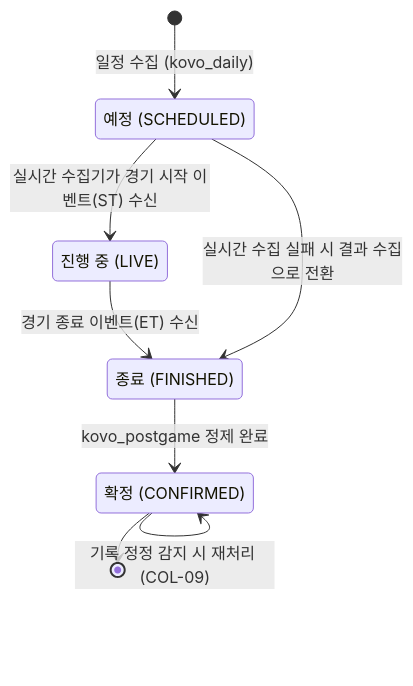
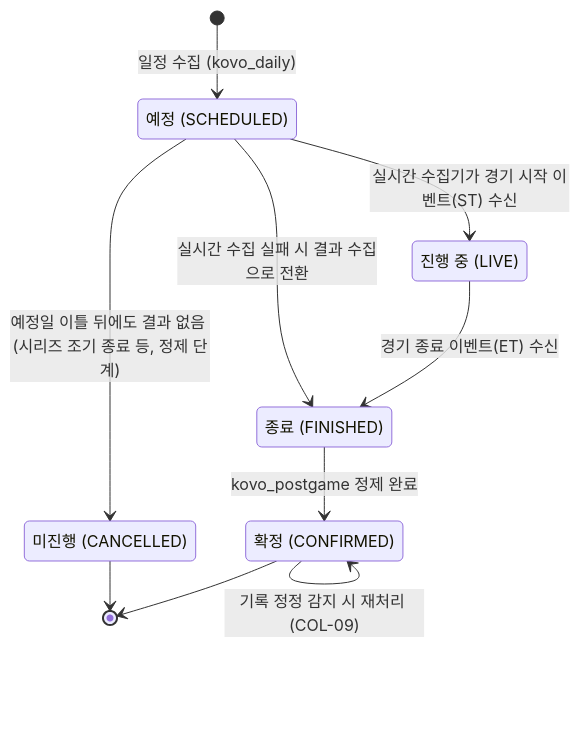
One commit to ksh1004/volley-insight changed diagram 15 of 17 in docs/design.md. Above: the diagram before and after it, drawn with Mermaid. The commit also changed other lines of this file and 147 other files, not shown here.

````diff
--- a/docs/design.md
+++ b/docs/design.md
@@ -973,15 +1035,18 @@
 ```mermaid
 stateDiagram-v2
   state "예정 (SCHEDULED)" as SCHEDULED
   state "진행 중 (LIVE)" as LIVE
   state "종료 (FINISHED)" as FINISHED
   state "확정 (CONFIRMED)" as CONFIRMED
+  state "미진행 (CANCELLED)" as CANCELLED
 
   [*] --> SCHEDULED: 일정 수집 (kovo_daily)
   SCHEDULED --> LIVE: 실시간 수집기가 경기 시작 이벤트(ST) 수신
   LIVE --> FINISHED: 경기 종료 이벤트(ET) 수신
   SCHEDULED --> FINISHED: 실시간 수집 실패 시 결과 수집으로 전환
   FINISHED --> CONFIRMED: kovo_postgame 정제 완료
   CONFIRMED --> CONFIRMED: 기록 정정 감지 시 재처리 (COL-09)
+  SCHEDULED --> CANCELLED: 예정일 이틀 뒤에도 결과 없음 (시리즈 조기 종료 등, 정제 단계)
   CONFIRMED --> [*]
+  CANCELLED --> [*]
 ```
````
